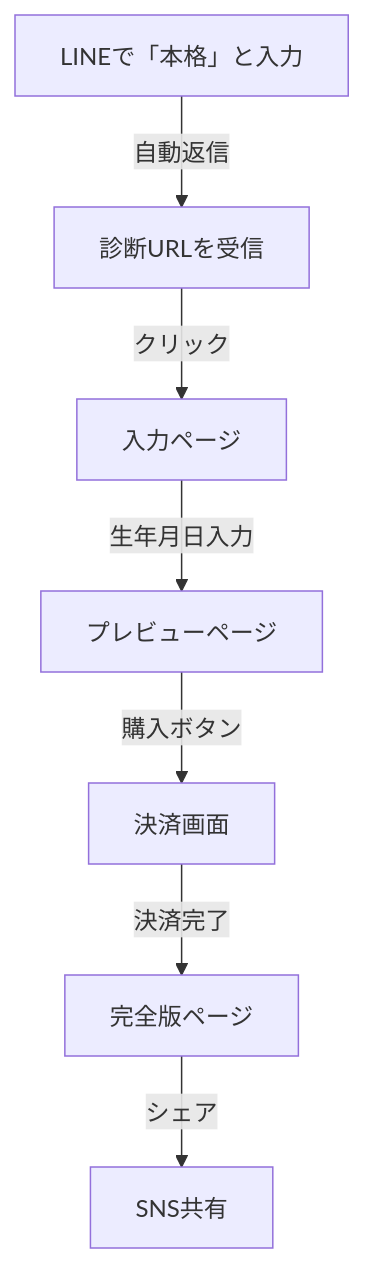
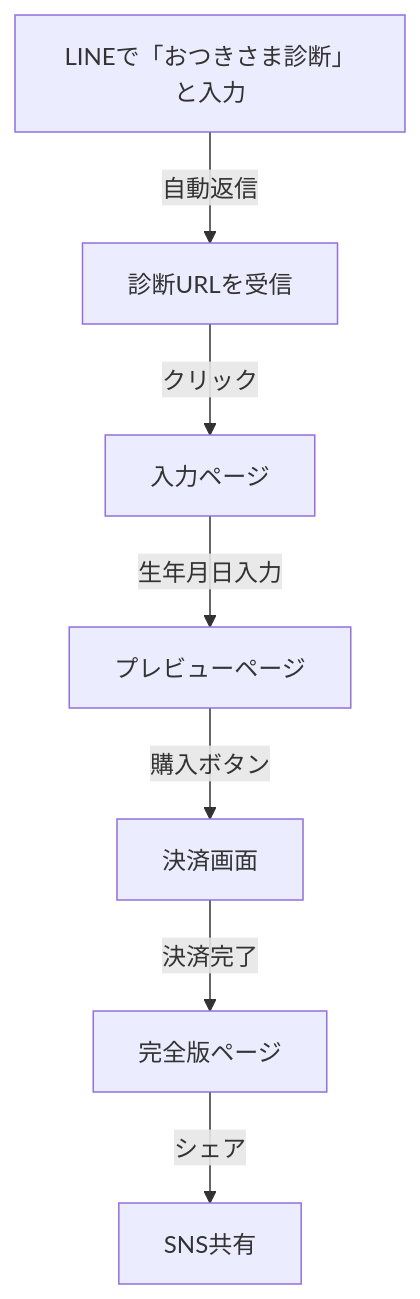
Before and after one commit to tomamints/line-love-edu: the diagram in docs/otsukisama-user-flow.md, drawn with Mermaid. The commit also changed other lines of this file and 4 other files, not shown here.

````diff
--- a/docs/otsukisama-user-flow.md
+++ b/docs/otsukisama-user-flow.md
@@ -5,9 +5,9 @@
 ```mermaid
 graph TD
-    A[LINEで「本格」と入力] -->|自動返信| B[診断URLを受信]
+    A[LINEで「おつきさま診断」と入力] -->|自動返信| B[診断URLを受信]
     B -->|クリック| C[入力ページ]
     C -->|生年月日入力| D[プレビューページ]
     D -->|購入ボタン| E[決済画面]
     E -->|決済完了| F[完全版ページ]
     F -->|シェア| G[SNS共有]
 ```
````
